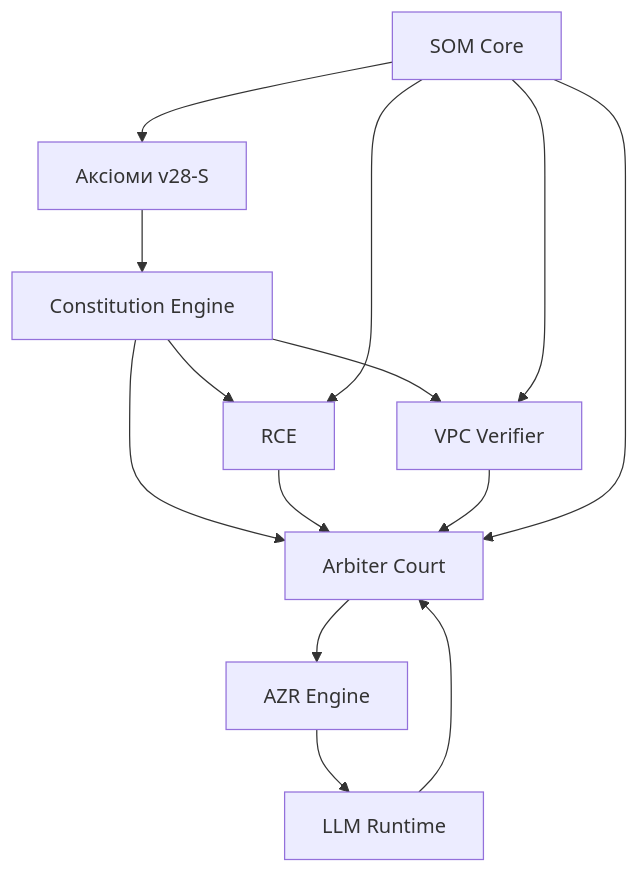
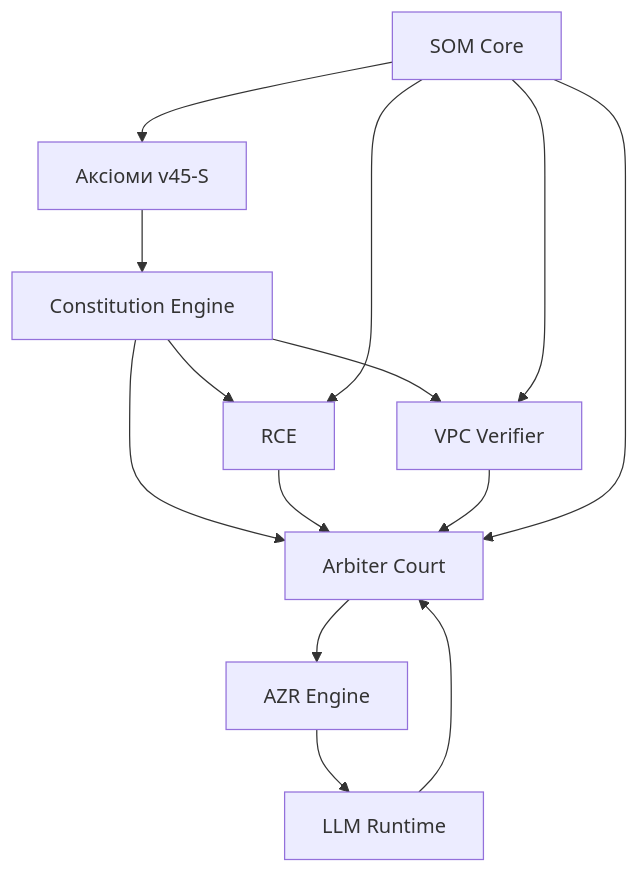
One commit to dima1203oleg/predator-analytics changed the diagram in docs/PHASE1_TECHNICAL_SPEC.md. Above: the diagram before and after it, drawn with Mermaid. The commit also changed other lines of this file and 3517 other files, not shown here.

````diff
--- a/docs/PHASE1_TECHNICAL_SPEC.md
+++ b/docs/PHASE1_TECHNICAL_SPEC.md
@@ -46,16 +46,16 @@
 ```mermaid
 graph TD
-    A[Аксіоми v28-S] --> B[Constitution Engine]
+    A[Аксіоми v45-S] --> B[Constitution Engine]
     B --> C[Arbiter Court]
     B --> D[RCE]
     B --> E[VPC Verifier]
     D --> C
     E --> C
     C --> F[AZR Engine]
     F --> G[LLM Runtime]
     G --> C
     H[SOM Core] --> A
     H --> C
     H --> D
     H --> E
 ```
````
